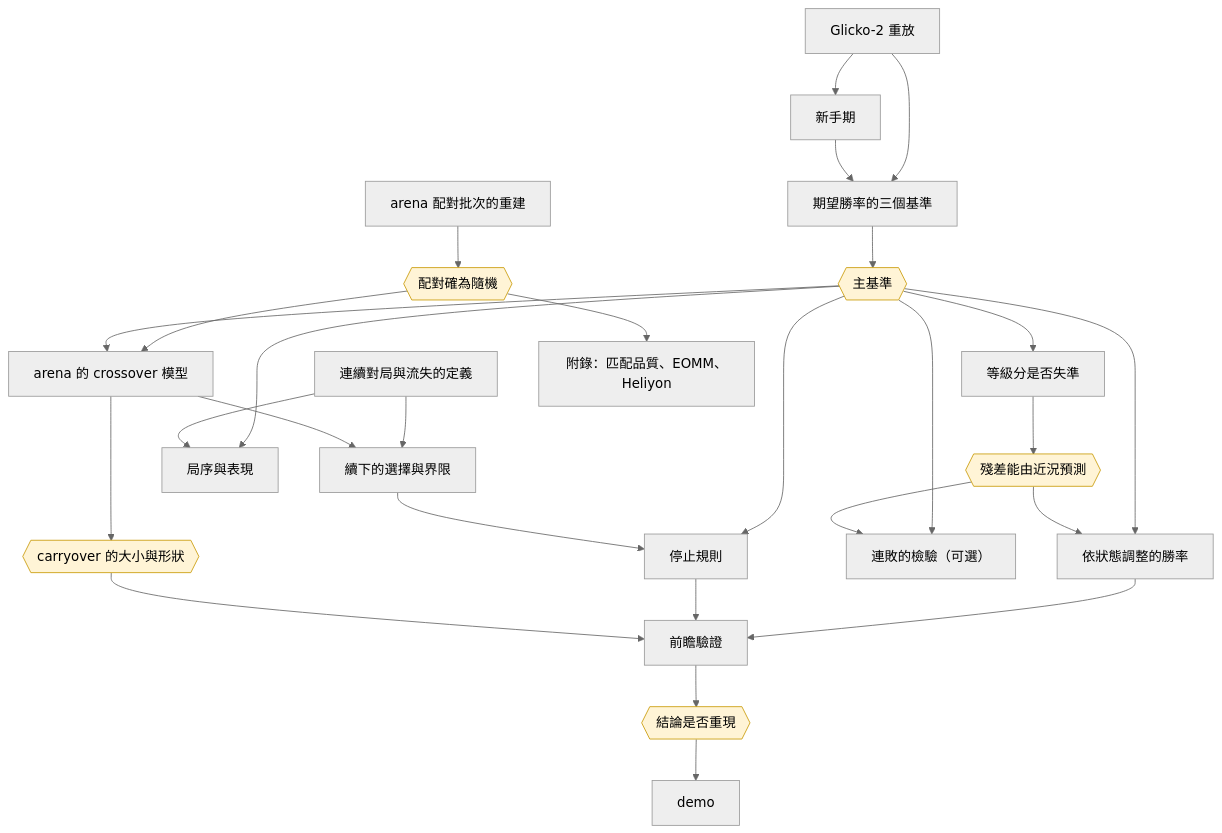
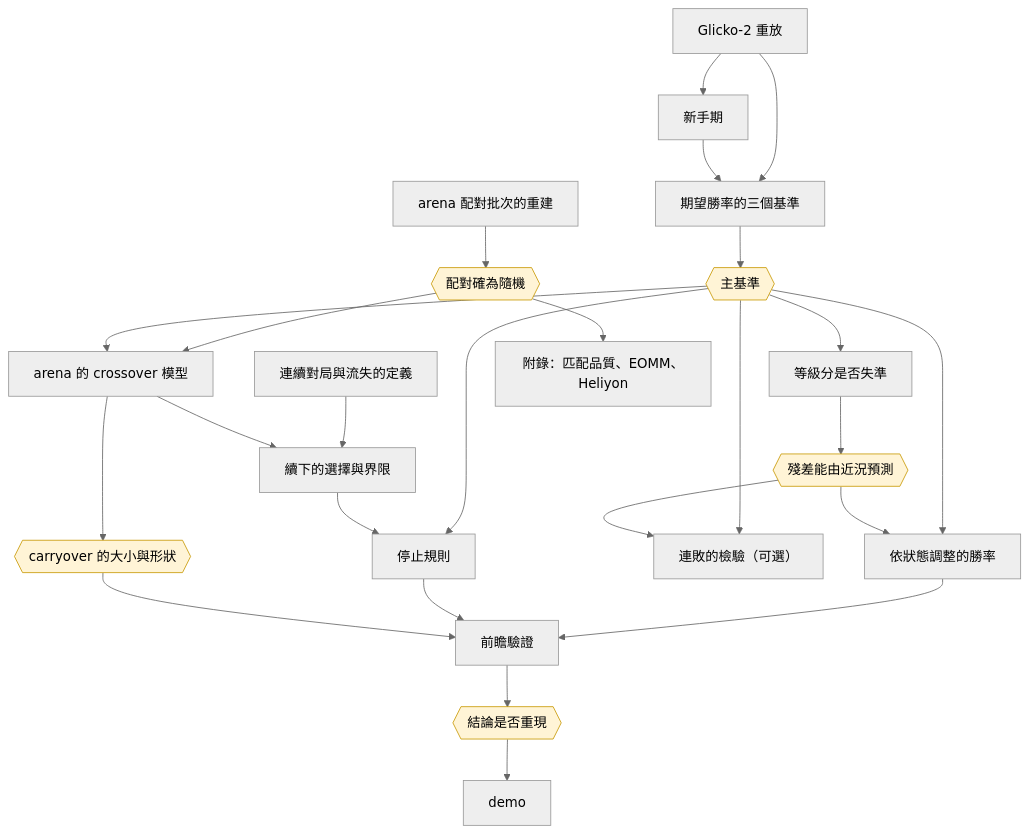
Before and after one commit to jambochen/analyze: the diagram in docs/plan.md, drawn with Mermaid (neutral theme). The commit also changed other lines of this file and 3 other files, not shown here.

````diff
--- a/docs/plan.md
+++ b/docs/plan.md
@@ -193,55 +185,52 @@
 ```mermaid
 flowchart TD
     wave[arena 配對批次的重建]
     replaym[Glicko-2 重放]
     novm[新手期]
     basem[期望勝率的三個基準]
     churnm[連續對局與流失的定義]
     xom[arena 的 crossover 模型]
     selm[續下的選擇與界限]
     filterm[等級分是否失準]
-    pmm[局序與表現]
     predm[依狀態調整的勝率]
     stopm[停止規則]
     prospm[前瞻驗證]
     demom[demo]
     streakm[連敗的檢驗（可選）]
     appm[附錄：匹配品質、EOMM、Heliyon]
 
     crand{{配對確為隨機}}
     cbase{{主基準}}
     cco{{carryover 的大小與形狀}}
     cpred{{殘差能由近況預測}}
     cprosp{{結論是否重現}}
 
     wave --> crand
     basem --> cbase
     xom --> cco
     filterm --> cpred
     prospm --> cprosp
 
     replaym --> novm
     replaym --> basem
     novm --> basem
     crand --> xom
     cbase --> xom
     churnm --> selm
     xom --> selm
     cbase --> filterm
-    cbase --> pmm
-    churnm --> pmm
     cbase --> predm
     cpred --> predm
     cbase --> stopm
     selm --> stopm
     predm --> prospm
     stopm --> prospm
     cco --> prospm
     cprosp --> demom
     cbase --> streakm
     cpred --> streakm
     crand --> appm
 
     classDef concl fill:#fff4d6,stroke:#c99a06
     class crand,cbase,cco,cpred,cprosp concl
 ```
````
